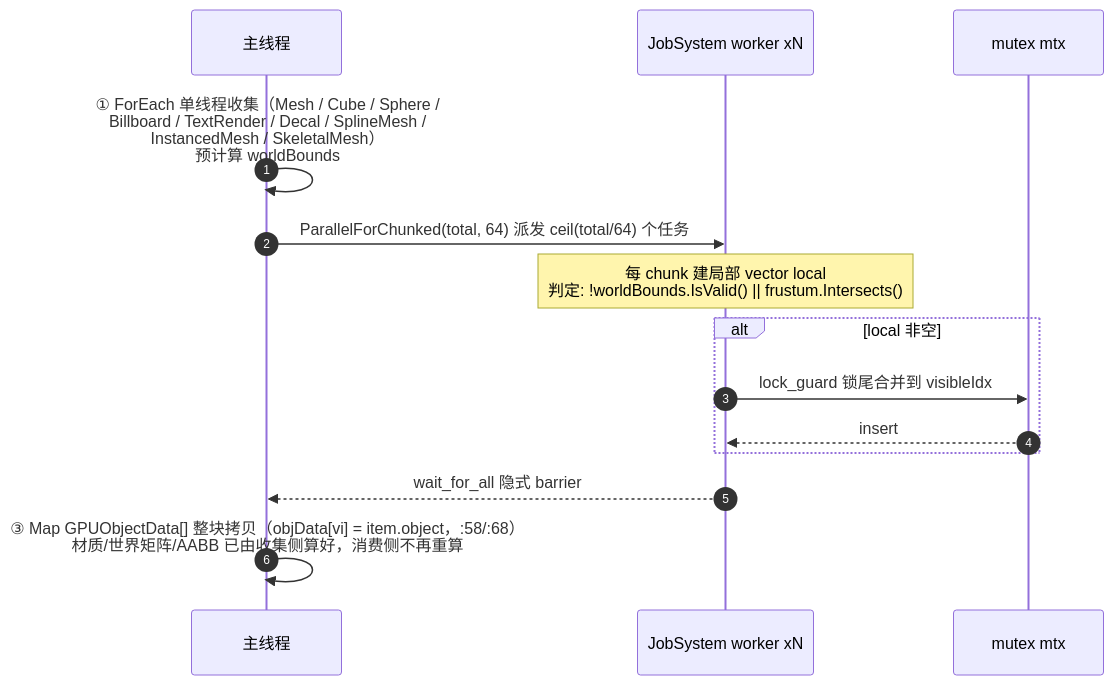
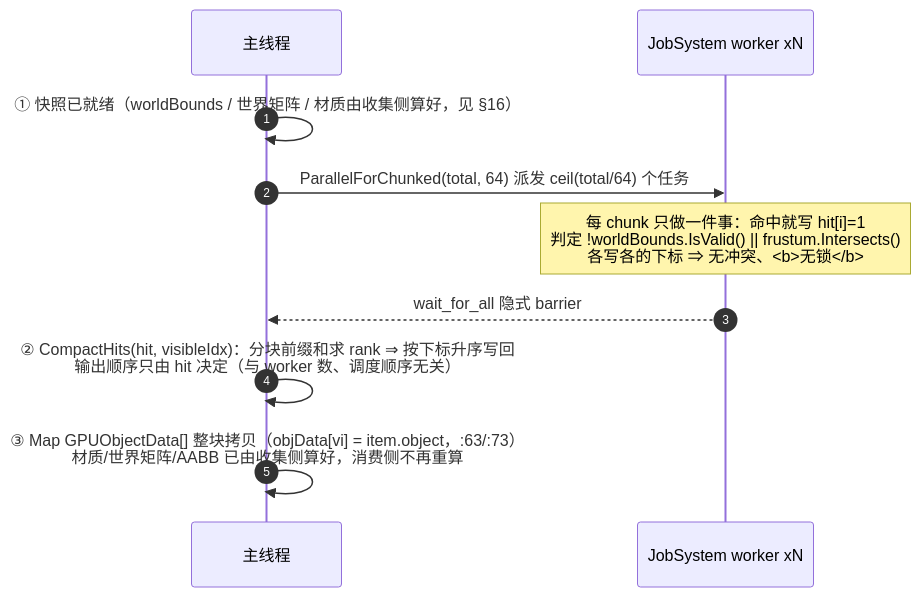
The third of 7 diagrams in docs/HugEngine引擎介绍/15.多线程架构与渲染实现分析.md (huguozhu/HugEngine), drawn with Mermaid before and after one commit. The commit also changed other lines of this file and 1 other file, not shown here.

````diff
--- a/docs/HugEngine引擎介绍/15.多线程架构与渲染实现分析.md
+++ b/docs/HugEngine引擎介绍/15.多线程架构与渲染实现分析.md
@@ -274,17 +276,13 @@
 ```mermaid
 sequenceDiagram
     autonumber
     participant Main as 主线程
     participant Job as JobSystem worker xN
-    participant Mutex as mutex mtx
 
-    Main->>Main: ① ForEach 单线程收集（Mesh / Cube / Sphere /<br/>Billboard / TextRender / Decal / SplineMesh /<br/>InstancedMesh / SkeletalMesh）<br/>预计算 worldBounds
+    Main->>Main: ① 快照已就绪（worldBounds / 世界矩阵 / 材质由收集侧算好，见 §16）
     Main->>Job: ParallelForChunked(total, 64) 派发 ceil(total/64) 个任务
-    Note over Job: 每 chunk 建局部 vector local<br/>判定: !worldBounds.IsValid() || frustum.Intersects()
-    alt local 非空
-        Job->>Mutex: lock_guard 锁尾合并到 visibleIdx
-        Mutex-->>Job: insert
-    end
+    Note over Job: 每 chunk 只做一件事：命中就写 hit[i]=1<br/>判定 !worldBounds.IsValid() || frustum.Intersects()<br/>各写各的下标 ⇒ 无冲突、<b>无锁</b>
     Job-->>Main: wait_for_all 隐式 barrier
-    Main->>Main: ③ Map GPUObjectData[] 整块拷贝（objData[vi] = item.object，:58/:68）<br/>材质/世界矩阵/AABB 已由收集侧算好，消费侧不再重算
+    Main->>Main: ② CompactHits(hit, visibleIdx)：分块前缀和求 rank ⇒ 按下标升序写回<br/>输出顺序只由 hit 决定（与 worker 数、调度顺序无关）
+    Main->>Main: ③ Map GPUObjectData[] 整块拷贝（objData[vi] = item.object，:63/:73）<br/>材质/世界矩阵/AABB 已由收集侧算好，消费侧不再重算
 ```
````
